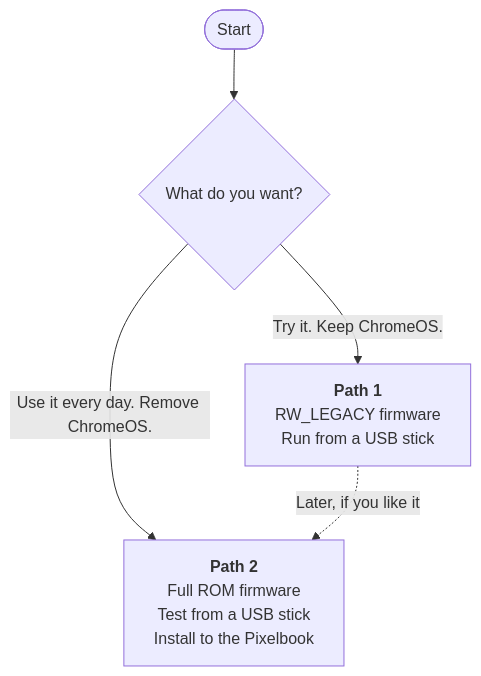
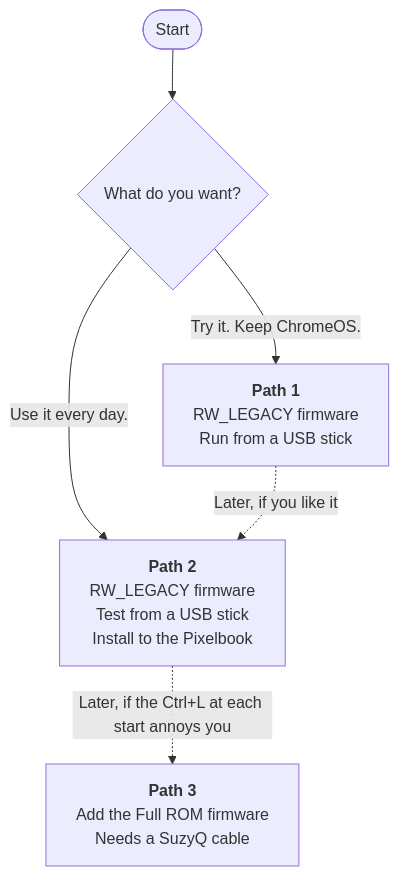
One commit to codiumred/gbos-pixelbook changed the diagram in README.md. Above: the diagram before and after it, drawn with Mermaid. The commit also changed other lines of this file and 3 other files, not shown here.

````diff
--- a/README.md
+++ b/README.md
@@ -56,7 +56,8 @@
 ```mermaid
 flowchart TD
     A([Start]) --> B{What do you want?}
     B -->|Try it. Keep ChromeOS.| C["<b>Path 1</b><br/>RW_LEGACY firmware<br/>Run from a USB stick"]
-    B -->|Use it every day. Remove ChromeOS.| D["<b>Path 2</b><br/>Full ROM firmware<br/>Test from a USB stick<br/>Install to the Pixelbook"]
+    B -->|Use it every day.| D["<b>Path 2</b><br/>RW_LEGACY firmware<br/>Test from a USB stick<br/>Install to the Pixelbook"]
+    D -.->|Later, if the Ctrl+L at each start annoys you| E["<b>Path 3</b><br/>Add the Full ROM firmware<br/>Needs a SuzyQ cable"]
     C -.->|Later, if you like it| D
 ```
````
